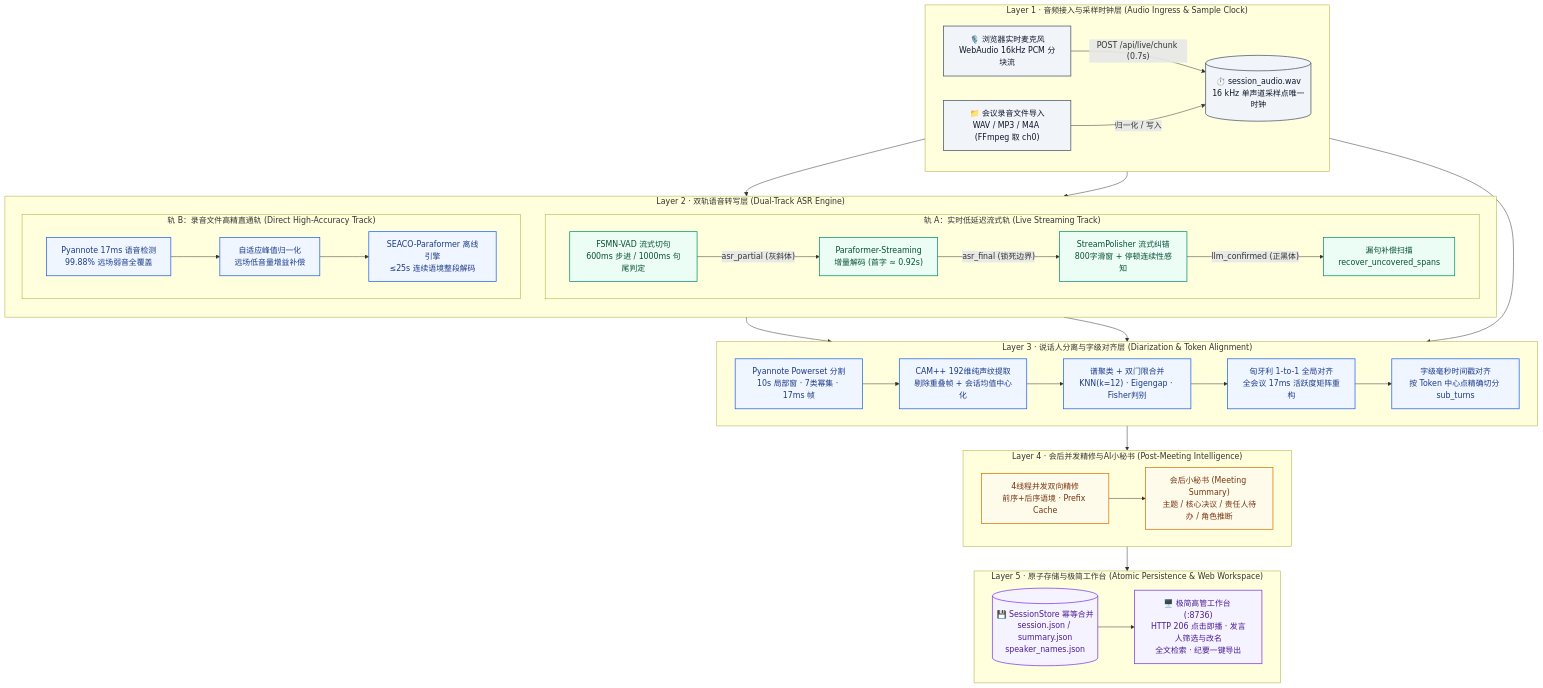
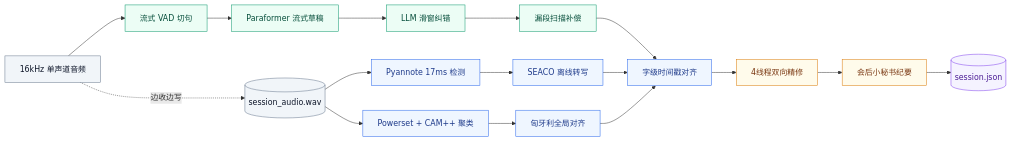
The first of 2 diagrams in README.md (zhangshuai05/my_study_meeting_asr), drawn with Mermaid before and after one commit. The commit also changed other lines of this file and 2 other files, not shown here.

Commit message:
docs: make README flowcharts compact and single-screen friendly

````diff
--- a/README.md
+++ b/README.md
@@ -39,77 +34,32 @@
 ```mermaid
-flowchart TB
-    subgraph L1["Layer 1 · 音频接入与采样时钟层 (Audio Ingress & Sample Clock)"]
-        direction LR
-        MIC["🎙️ 浏览器实时麦克风<br/>WebAudio 16kHz PCM 分块流"]
-        WAV["📁 会议录音文件导入<br/>WAV / MP3 / M4A (FFmpeg 取 ch0)"]
-        CLK[("⏱️ session_audio.wav<br/>16 kHz 单声道采样点唯一时钟")]
-        MIC -->|"POST /api/live/chunk (0.7s)"| CLK
-        WAV -->|"归一化 / 写入"| CLK
-    end
+flowchart LR
+    A["16kHz 单声道音频"] --> B["流式 VAD 切句"]
+    B --> C["Paraformer 流式草稿"]
+    C --> D["LLM 滑窗纠错"]
+    D --> E["漏段扫描补偿"]
 
-    subgraph L2["Layer 2 · 双轨语音转写层 (Dual-Track ASR Engine)"]
-        direction TB
-        subgraph T_LIVE["轨 A：实时低延迟流式轨 (Live Streaming Track)"]
-            direction LR
-            SVAD["FSMN-VAD 流式切句<br/>600ms 步进 / 1000ms 句尾判定"]
-            SASR["Paraformer-Streaming<br/>增量解码 (首字 ≈ 0.92s)"]
-            SLLM["StreamPolisher 流式纠错<br/>800字滑窗 + 停顿连续性感知"]
-            GAP["漏句补偿扫描<br/>recover_uncovered_spans"]
-            SVAD -->|"asr_partial (灰斜体)"| SASR
-            SASR -->|"asr_final (锁死边界)"| SLLM
-            SLLM -->|"llm_confirmed (正黑体)"| GAP
-        end
+    A -.->|"边收边写"| W[("session_audio.wav")]
+    W --> F["Pyannote 17ms 检测"]
+    F --> G["SEACO 离线转写"]
+    W --> H["Powerset + CAM++ 聚类"]
+    H --> I["匈牙利全局对齐"]
 
-        subgraph T_DIRECT["轨 B：录音文件高精直通轨 (Direct High-Accuracy Track)"]
-            direction LR
-            PSPAN["Pyannote 17ms 语音检测<br/>99.88% 远场弱音全覆盖"]
-            PEAK["自适应峰值归一化<br/>远场低音量增益补偿"]
-            OASR["SEACO-Paraformer 离线引擎<br/>≤25s 连续语境整段解码"]
-            PSPAN --> PEAK --> OASR
-        end
-    end
+    E --> J["字级时间戳对齐"]
+    G --> J
+    I --> J
+    J --> K["4线程双向精修"]
+    K --> L["会后小秘书纪要"]
+    L --> M[("session.json")]
 
-    subgraph L3["Layer 3 · 说话人分离与字级对齐层 (Diarization & Token Alignment)"]
-        direction LR
-        PSEG["Pyannote Powerset 分割<br/>10s 局部窗 · 7类幂集 · 17ms 帧"]
-        CAMP["CAM++ 192维纯声纹提取<br/>剔除重叠帧 + 会话均值中心化"]
-        SPEC["谱聚类 + 双门限合并<br/>KNN(k=12) · Eigengap · Fisher判别"]
-        HUNG["匈牙利 1-to-1 全局对齐<br/>全会议 17ms 活跃度矩阵重构"]
-        ALIGN["字级毫秒时间戳对齐<br/>按 Token 中心点精确切分 sub_turns"]
-        PSEG --> CAMP --> SPEC --> HUNG --> ALIGN
-    end
+    classDef clk fill:#F1F5F9,stroke:#64748B,color:#0F172A
+    classDef live fill:#ECFDF5,stroke:#059669,color:#064E3B
+    classDef off fill:#EFF6FF,stroke:#2563EB,color:#1E3A8A
+    classDef llm fill:#FFFBEB,stroke:#D97706,color:#78350F
+    classDef out fill:#F5F3FF,stroke:#7C3AED,color:#4C1D95
 
-    subgraph L4["Layer 4 · 会后并发精修与AI小秘书 (Post-Meeting Intelligence)"]
-        direction LR
-        FPOL["4线程并发双向精修<br/>前序+后序语境 · Prefix Cache"]
-        SEC["会后小秘书 (Meeting Summary)<br/>主题 / 核心决议 / 责任人待办 / 角色推断"]
-        FPOL --> SEC
-    end
-
-    subgraph L5["Layer 5 · 原子存储与极简工作台 (Atomic Persistence & Web Workspace)"]
-        direction LR
-        STORE[("💾 SessionStore 幂等合并<br/>session.json / summary.json<br/>speaker_names.json")]
-        WEB["🖥️ 极简高管工作台 (:8736)<br/>HTTP 206 点击即播 · 发言人筛选与改名<br/>全文检索 · 纪要一键导出"]
-        STORE --> WEB
-    end
-
-    CLK --> SVAD
-    CLK --> PSPAN
-    CLK --> PSEG
-    GAP --> ALIGN
-    OASR --> ALIGN
-    ALIGN --> FPOL
-    SEC --> STORE
-
-    classDef clsInput fill:#F1F5F9,stroke:#475569,stroke-width:1.5px,color:#0F172A
-    classDef clsStream fill:#ECFDF5,stroke:#059669,stroke-width:1.5px,color:#064E3B
-    classDef clsCore fill:#EFF6FF,stroke:#2563EB,stroke-width:1.5px,color:#1E3A8A
-    classDef clsLLM fill:#FFFBEB,stroke:#D97706,stroke-width:1.5px,color:#78350F
-    classDef clsStore fill:#F5F3FF,stroke:#7C3AED,stroke-width:1.5px,color:#4C1D95
-
-    class MIC,WAV,CLK clsInput
-    class SVAD,SASR,SLLM,GAP clsStream
-    class PSPAN,PEAK,OASR,PSEG,CAMP,SPEC,HUNG,ALIGN clsCore
-    class FPOL,SEC clsLLM
-    class STORE,WEB clsStore
+    class A,W clk
+    class B,C,D,E live
+    class F,G,H,I,J off
+    class K,L llm
+    class M out
 ```
````
